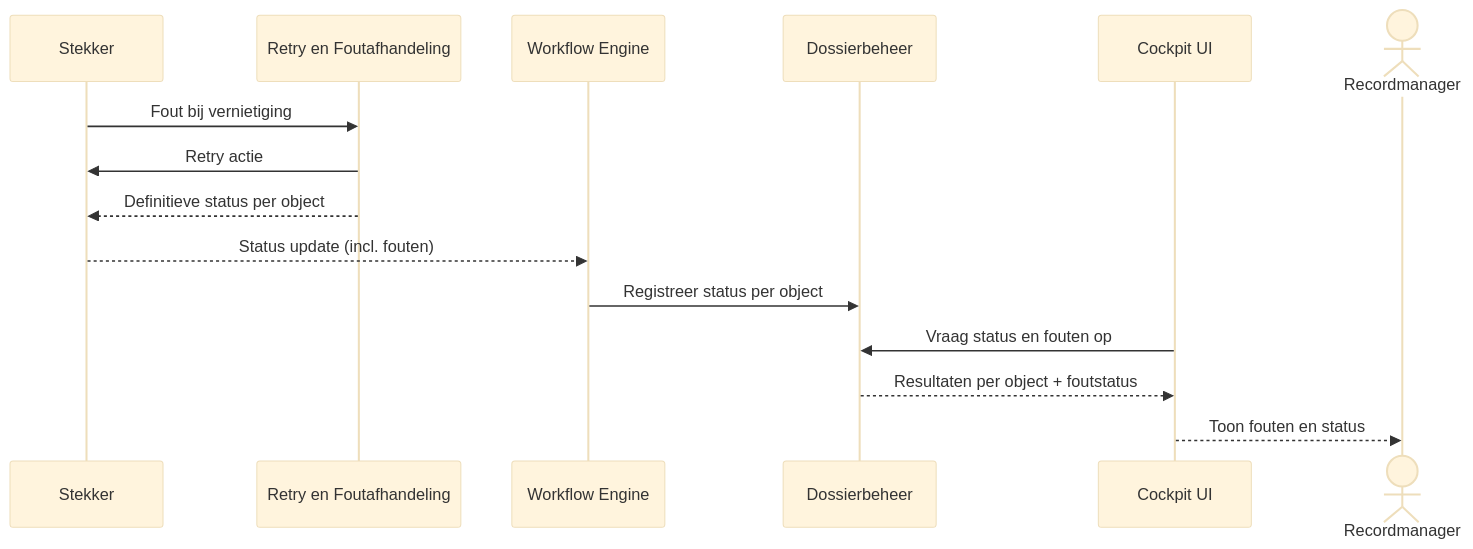
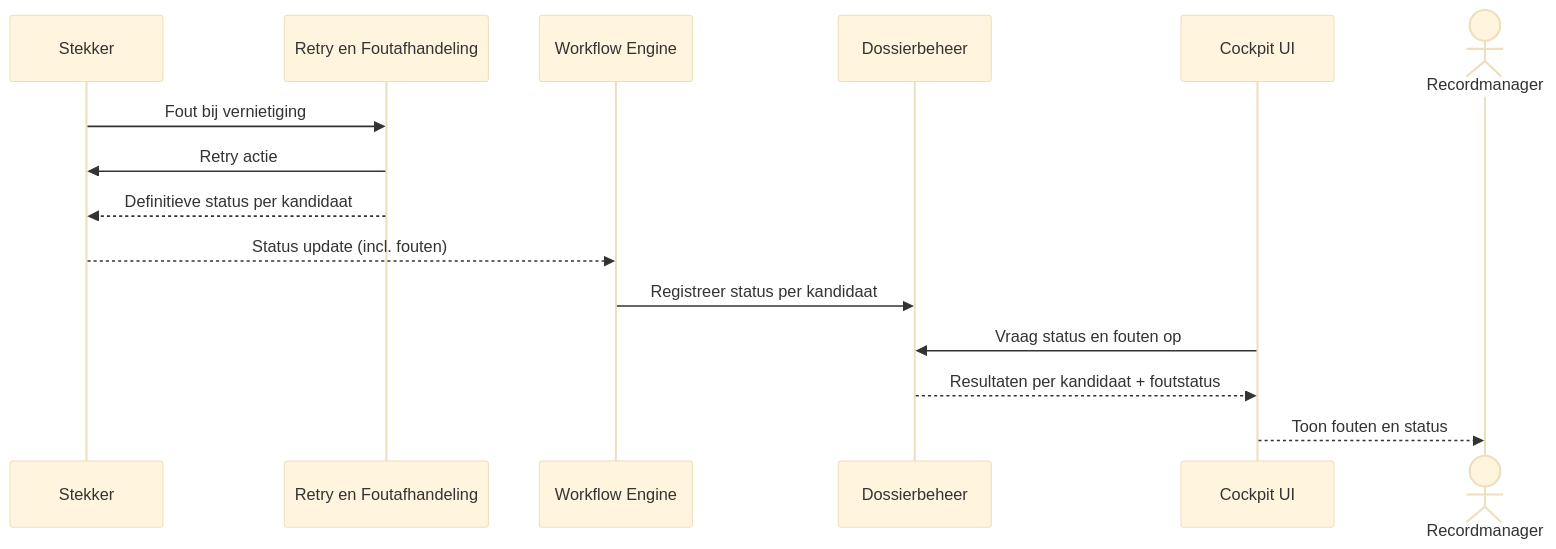
One commit to GemeenteArnhem/Vernietigingscockpit changed the seventh of 11 diagrams in architectuur/sequence-diagrammen.md. Above: the diagram before and after it, drawn with Mermaid (base theme). The commit also changed other lines of this file, not shown here.

````diff
--- a/architectuur/sequence-diagrammen.md
+++ b/architectuur/sequence-diagrammen.md
@@ -196,20 +196,20 @@
 ```mermaid
 sequenceDiagram
     participant Stekker
     participant Retry as Retry en Foutafhandeling
     participant WF as Workflow Engine
     participant D as Dossierbeheer
     participant UI as Cockpit UI
     actor RM as Recordmanager
 
     Stekker ->> Retry: Fout bij vernietiging
     Retry ->> Stekker: Retry actie
-    Retry -->> Stekker: Definitieve status per object
+    Retry -->> Stekker: Definitieve status per kandidaat
 
     Stekker -->> WF: Status update (incl. fouten)
-    WF ->> D: Registreer status per object
+    WF ->> D: Registreer status per kandidaat
 
     UI ->> D: Vraag status en fouten op
-    D -->> UI: Resultaten per object + foutstatus
+    D -->> UI: Resultaten per kandidaat + foutstatus
     UI -->> RM: Toon fouten en status
 ```
````
